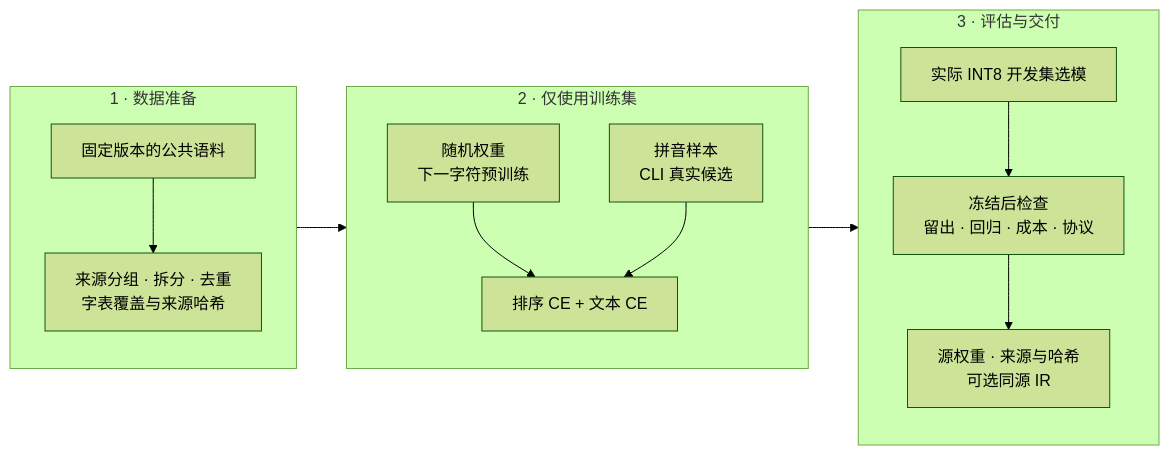
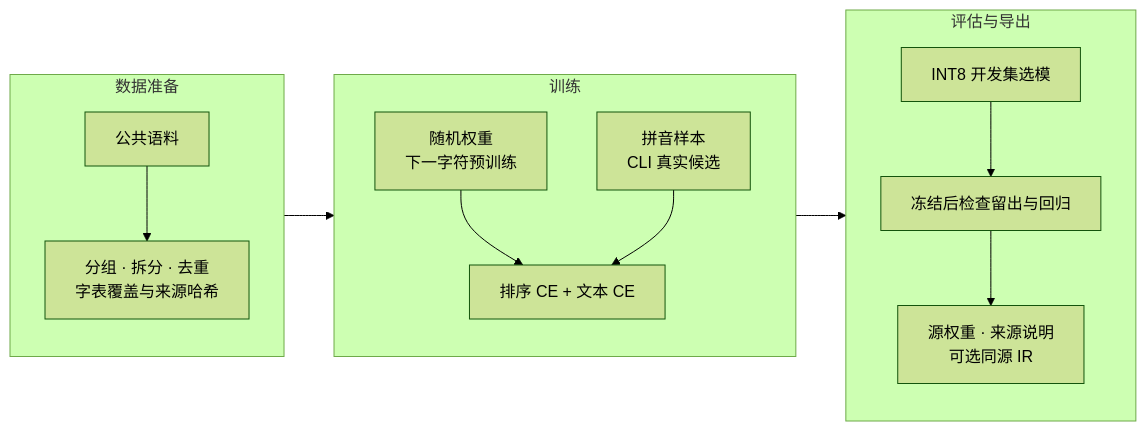
The third of 3 diagrams in README.md (NEX-S/yanliu), drawn with Mermaid (forest theme) before and after one commit. The commit also changed other lines of this file and 3 other files, not shown here.

````diff
--- a/README.md
+++ b/README.md
@@ -234,25 +166,18 @@
 ```mermaid
 flowchart LR
-    subgraph Data["1 · 数据准备"]
+    subgraph Data["数据准备"]
         direction TB
-        Sources["固定版本的公共语料"]
-        Clean["来源分组 · 拆分 · 去重<br/>字表覆盖与来源哈希"]
-        Sources --> Clean
+        Sources["公共语料"] --> Clean["分组 · 拆分 · 去重<br/>字表覆盖与来源哈希"]
     end
-    subgraph Train["2 · 仅使用训练集"]
+    subgraph Train["训练"]
         direction TB
-        Pretrain["随机权重<br/>下一字符预训练"]
-        Recall["拼音样本<br/>CLI 真实候选"]
-        Tune["排序 CE + 文本 CE"]
-        Pretrain --> Tune
-        Recall --> Tune
+        Pretrain["随机权重<br/>下一字符预训练"] --> Tune["排序 CE + 文本 CE"]
+        Recall["拼音样本<br/>CLI 真实候选"] --> Tune
     end
-    subgraph Check["3 · 评估与交付"]
+    subgraph Check["评估与导出"]
         direction TB
-        Dev["实际 INT8 开发集选模"]
-        Holdout["冻结后检查<br/>留出 · 回归 · 成本 · 协议"]
-        Delivery["源权重 · 来源与哈希<br/>可选同源 IR"]
-        Dev --> Holdout --> Delivery
+        Dev["INT8 开发集选模"] --> Holdout["冻结后检查留出与回归"]
+        Holdout --> Delivery["源权重 · 来源说明<br/>可选同源 IR"]
     end
     Data --> Train --> Check
 ```
````
